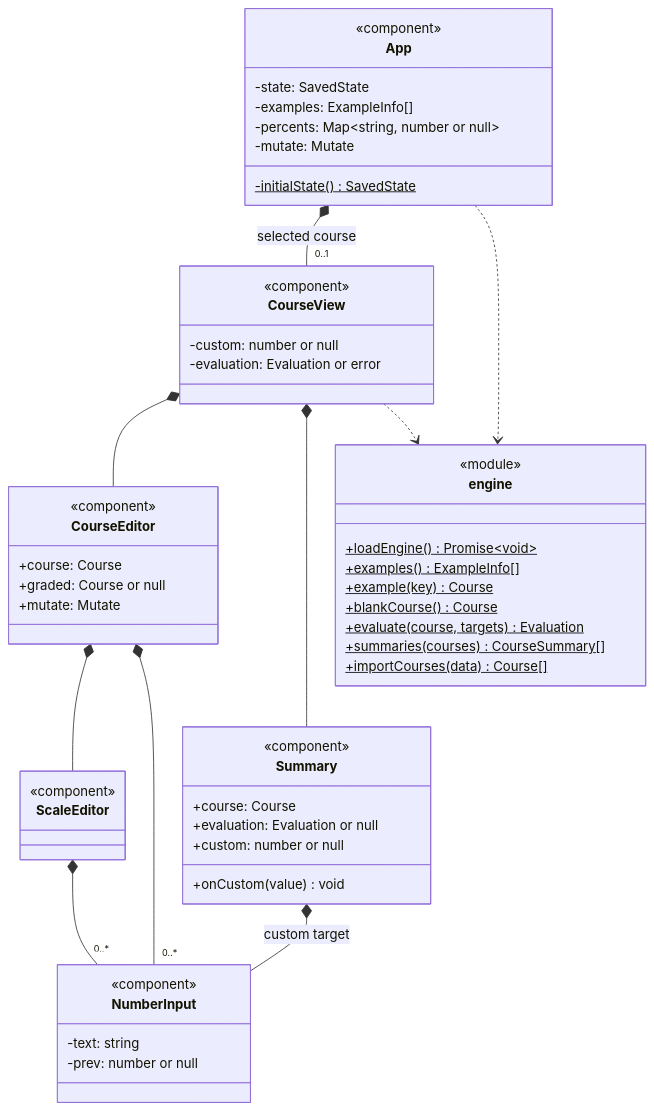
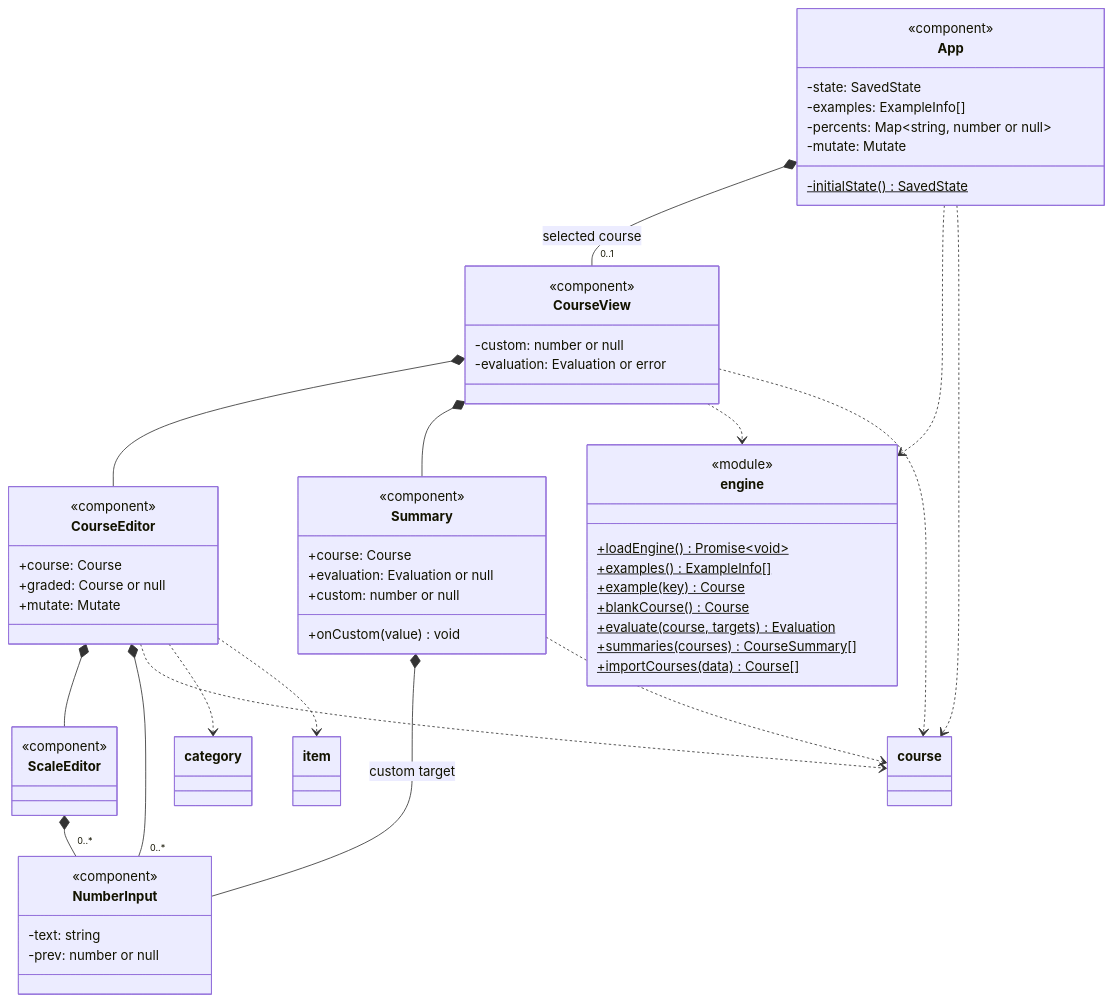
Before and after one commit to Patman1O1/grade-calculator: the eighth of 9 diagrams in docs/uml.md, drawn with Mermaid. The commit also changed other lines of this file and 9 other files, not shown here.

First line of the commit message:
Split the front-end model into item, category and course modules

````diff
--- a/docs/uml.md
+++ b/docs/uml.md
@@ -338,57 +347,63 @@
 ```mermaid
 classDiagram
   direction TB
   class App {
     <<component>>
     -state: SavedState
     -examples: ExampleInfo[]
     -percents: Map~string, number or null~
     -mutate: Mutate
     -initialState()$ SavedState
   }
   class CourseView {
     <<component>>
     -custom: number or null
     -evaluation: Evaluation or error
   }
   class CourseEditor {
     <<component>>
     +course: Course
     +graded: Course or null
     +mutate: Mutate
   }
   class ScaleEditor {
     <<component>>
   }
   class Summary {
     <<component>>
     +course: Course
     +evaluation: Evaluation or null
     +custom: number or null
     +onCustom(value) void
   }
   class NumberInput {
     <<component>>
     -text: string
     -prev: number or null
   }
   class engine {
     <<module>>
     +loadEngine()$ Promise~void~
     +examples()$ ExampleInfo[]
     +example(key)$ Course
     +blankCourse()$ Course
     +evaluate(course, targets)$ Evaluation
     +summaries(courses)$ CourseSummary[]
     +importCourses(data)$ Course[]
   }
   App *-- "0..1" CourseView : selected course
   CourseView *-- CourseEditor
   CourseView *-- Summary
   CourseEditor *-- ScaleEditor
   CourseEditor *-- "0..*" NumberInput
   ScaleEditor *-- "0..*" NumberInput
   Summary *-- NumberInput : custom target
   App ..> engine
   CourseView ..> engine
+  App ..> course
+  CourseView ..> course
+  CourseEditor ..> course
+  CourseEditor ..> category
+  CourseEditor ..> item
+  Summary ..> course
 ```
````
